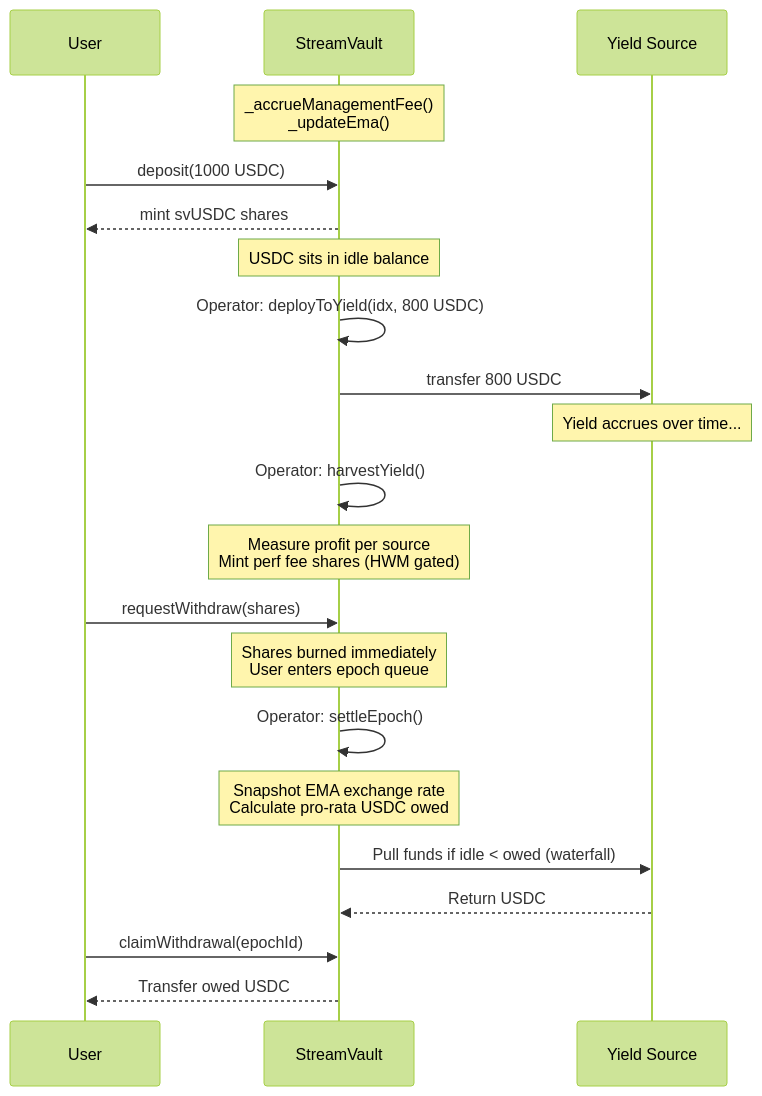
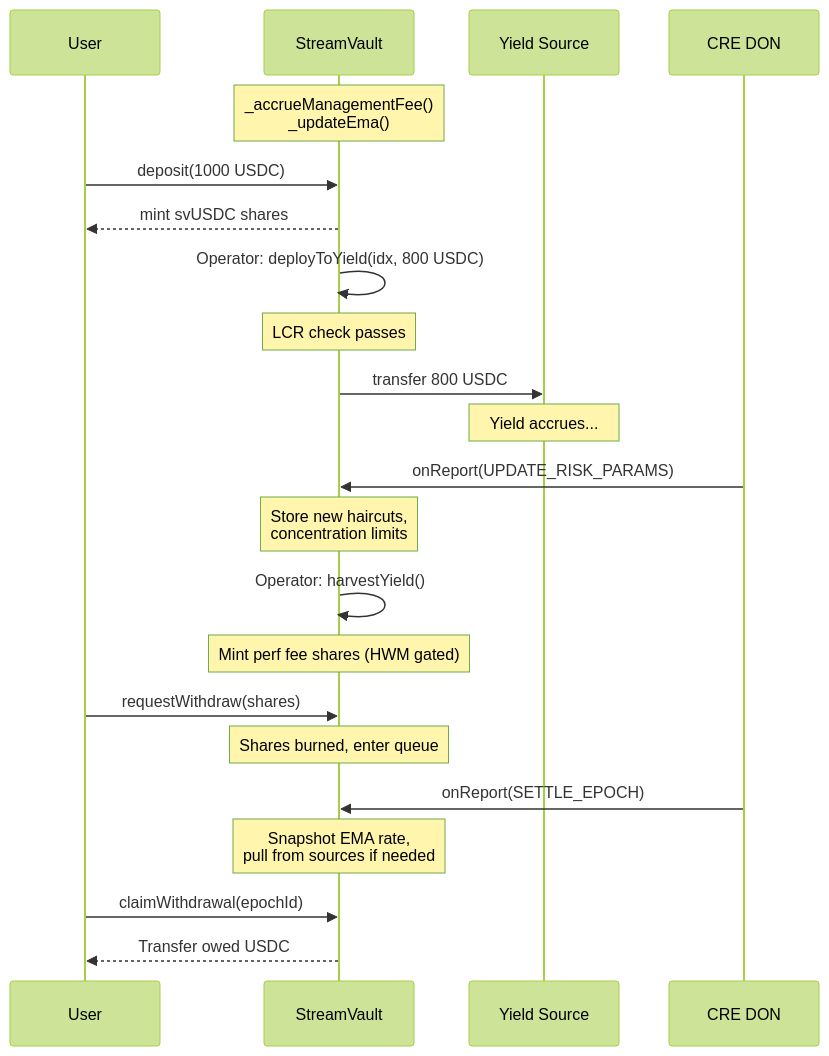
Before and after one commit to harshbhatt18/o-vault: the second of 2 diagrams in README.md, drawn with Mermaid (forest theme). The commit also changed other lines of this file and 33 other files, not shown here.

````diff
--- a/README.md
+++ b/README.md
@@ -160,30 +170,32 @@
 ```mermaid
 sequenceDiagram
     participant User
     participant Vault as StreamVault
     participant YS as Yield Source
+    participant CRE as CRE DON
 
     Note over Vault: _accrueManagementFee()<br/>_updateEma()
 
     User->>Vault: deposit(1000 USDC)
     Vault-->>User: mint svUSDC shares
-    Note over Vault: USDC sits in idle balance
 
     Vault->>Vault: Operator: deployToYield(idx, 800 USDC)
+    Note over Vault: LCR check passes
     Vault->>YS: transfer 800 USDC
-    Note over YS: Yield accrues over time...
+    Note over YS: Yield accrues...
+
+    CRE->>Vault: onReport(UPDATE_RISK_PARAMS)
+    Note over Vault: Store new haircuts,<br/>concentration limits
 
     Vault->>Vault: Operator: harvestYield()
-    Note over Vault: Measure profit per source<br/>Mint perf fee shares (HWM gated)
+    Note over Vault: Mint perf fee shares (HWM gated)
 
     User->>Vault: requestWithdraw(shares)
-    Note over Vault: Shares burned immediately<br/>User enters epoch queue
+    Note over Vault: Shares burned, enter queue
 
-    Vault->>Vault: Operator: settleEpoch()
-    Note over Vault: Snapshot EMA exchange rate<br/>Calculate pro-rata USDC owed
-    Vault->>YS: Pull funds if idle < owed (waterfall)
-    YS-->>Vault: Return USDC
+    CRE->>Vault: onReport(SETTLE_EPOCH)
+    Note over Vault: Snapshot EMA rate,<br/>pull from sources if needed
 
     User->>Vault: claimWithdrawal(epochId)
     Vault-->>User: Transfer owed USDC
 ```
````
